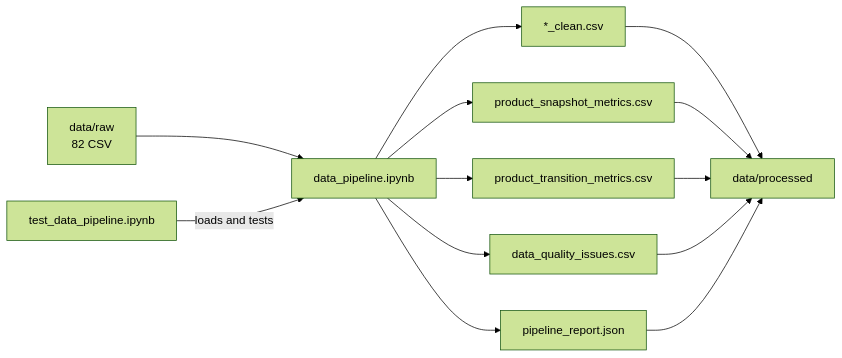
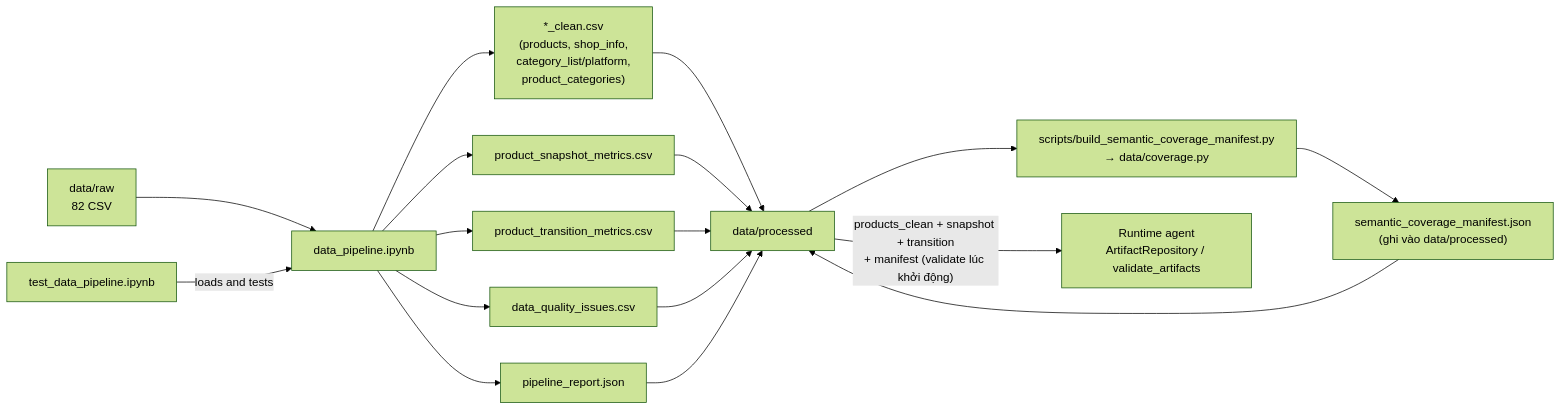
One commit to hanestuamante/Gladiators changed the first of 6 diagrams in docs/codegraph.md. Above: the diagram before and after it, drawn with Mermaid (forest theme). The commit also changed other lines of this file, not shown here.

Commit message:
codegraph: thêm nhánh semantic manifest + runtime agent graph S1-S9

````diff
--- a/docs/codegraph.md
+++ b/docs/codegraph.md
@@ -7,11 +7,17 @@
 ```mermaid
 flowchart LR
     RAW["data/raw<br/>82 CSV"] --> PIPE["data_pipeline.ipynb"]
-    PIPE --> CLEAN["*_clean.csv"]
+    PIPE --> CLEAN["*_clean.csv<br/>(products, shop_info,<br/>category_list/platform,<br/>product_categories)"]
     PIPE --> SNAP["product_snapshot_metrics.csv"]
     PIPE --> TRANS["product_transition_metrics.csv"]
     PIPE --> ISSUES["data_quality_issues.csv"]
     PIPE --> REPORT["pipeline_report.json"]
     TEST["test_data_pipeline.ipynb"] -->|loads and tests| PIPE
     CLEAN & SNAP & TRANS & ISSUES & REPORT --> OUT["data/processed"]
+
+    OUT --> COVGEN["scripts/build_semantic_coverage_manifest.py<br/>→ data/coverage.py"]
+    COVGEN --> MANIFEST["semantic_coverage_manifest.json<br/>(ghi vào data/processed)"]
+    MANIFEST --> OUT
+
+    OUT -->|"products_clean + snapshot + transition<br/>+ manifest (validate lúc khởi động)"| AGENT["Runtime agent<br/>ArtifactRepository / validate_artifacts"]
 ```
````
